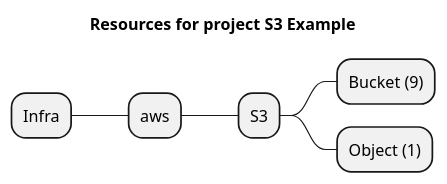
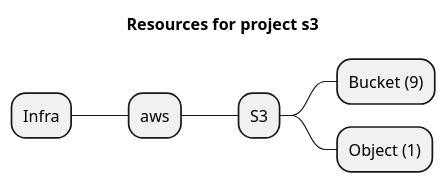
Before and after one commit to grucloud/grucloud: the diagram in examples/aws/S3/s3/artifacts/resources-mindmap.puml, drawn with PlantUML. The commit also changed 766 other files, not shown here.

Commit message:
update diagram

```diff
--- a/examples/aws/S3/s3/artifacts/resources-mindmap.puml
+++ b/examples/aws/S3/s3/artifacts/resources-mindmap.puml
@@ -1,9 +1,9 @@
 @startmindmap
-title Resources for project S3 Example
+title Resources for project s3
 skinparam monochrome true
 + Infra
 ++ aws
 +++ S3
 ++++ Bucket (9)
 ++++ Object (1)
 @endmindmap
```
